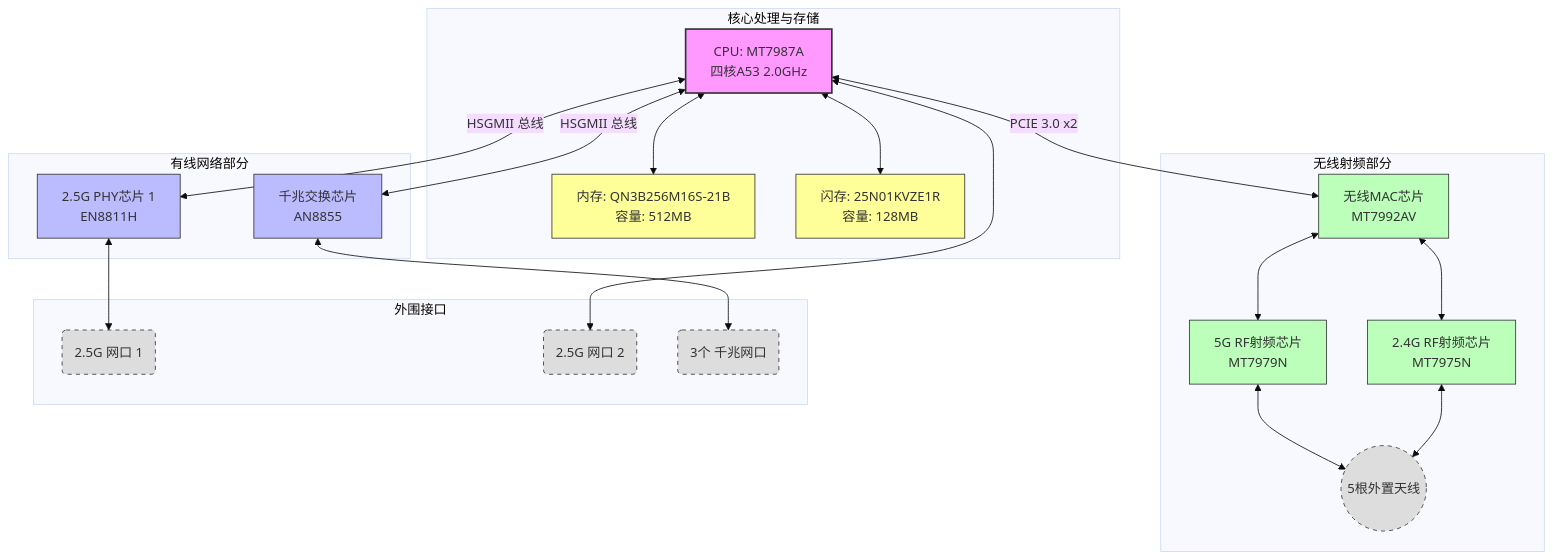
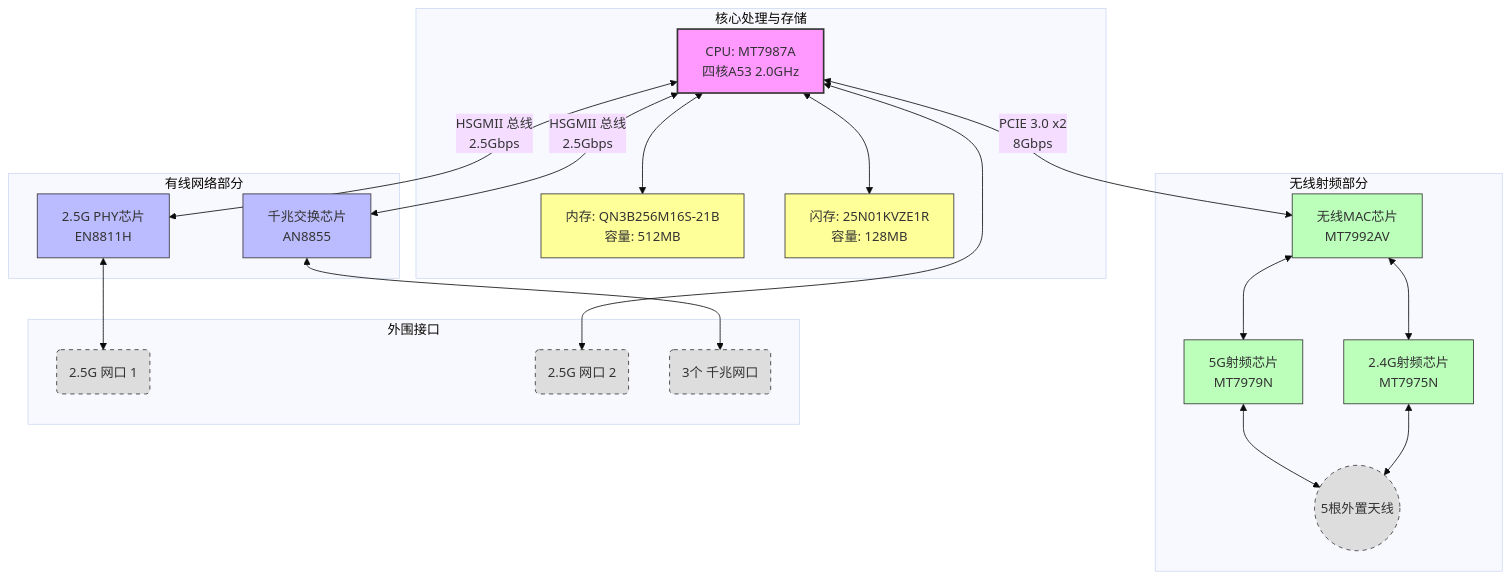
Before and after one commit to Caveinr/Caveinr.github.io: the diagram in source/_posts/diagram-tenda-be12pro/diagram-tenda-be12pro.mermaid, drawn with Mermaid (base theme). The commit also changed 2 other files, not shown here.

Commit message:
add more details to diagram-tenda-be12pro

```diff
--- a/source/_posts/diagram-tenda-be12pro/diagram-tenda-be12pro.mermaid
+++ b/source/_posts/diagram-tenda-be12pro/diagram-tenda-be12pro.mermaid
@@ -1,53 +1,53 @@
 graph TD
     %% 定义样式
     classDef core fill:#f9f,stroke:#333,stroke-width:2px;
     classDef memory fill:#ff9,stroke:#333,stroke-width:1px;
     classDef network fill:#bbf,stroke:#333,stroke-width:1px;
     classDef wireless fill:#bfb,stroke:#333,stroke-width:1px;
     classDef interface fill:#ddd,stroke:#333,stroke-width:1px,stroke-dasharray: 5 5;
 
     subgraph 核心处理与存储
         CPU[CPU: MT7987A<br>四核A53 2.0GHz]:::core
         RAM[内存: QN3B256M16S-21B<br>容量: 512MB]:::memory
         Flash[闪存: 25N01KVZE1R<br>容量: 128MB]:::memory
     end
 
     subgraph 有线网络部分
-        PHY1[2.5G PHY芯片 1<br>EN8811H]:::network
+        PHY[2.5G PHY芯片<br>EN8811H]:::network
         Switch[千兆交换芯片<br>AN8855]:::network
     end
 
     subgraph 无线射频部分
         WLANMAC[无线MAC芯片<br>MT7992AV]:::wireless
 
-        RF5G[5G RF射频芯片<br>MT7979N]:::wireless
-        RF24G[2.4G RF射频芯片<br>MT7975N]:::wireless
+        RF5G[5G射频芯片<br>MT7979N]:::wireless
+        RF24G[2.4G射频芯片<br>MT7975N]:::wireless
         
         Antenna((5根外置天线)):::interface
     end
     
     subgraph 外围接口
         Port25G_1(2.5G 网口 1):::interface
         Port25G_2(2.5G 网口 2):::interface
         Ports1G(3个 千兆网口):::interface
     end
 
     %% 连接关系 - 存储
     CPU <--> RAM
     CPU <--> Flash
     
     %% 连接关系 - 有线网络
-    CPU <-->|HSGMII 总线| PHY1
-    CPU <-->|HSGMII 总线| Switch
+    CPU <-->|HSGMII 总线<br>2.5Gbps| PHY
+    CPU <-->|HSGMII 总线<br>2.5Gbps| Switch
     
-    PHY1 <--> Port25G_1
+    PHY <--> Port25G_1
     CPU <--> Port25G_2
     Switch <--> Ports1G
     
     %% 连接关系 - 无线射频
-    CPU <-->|PCIE 3.0 x2| WLANMAC
+    CPU <-->|PCIE 3.0 x2<br>8Gbps| WLANMAC
     WLANMAC <--> RF5G
     WLANMAC <--> RF24G
     
     RF5G <--> Antenna
     RF24G <--> Antenna
```
